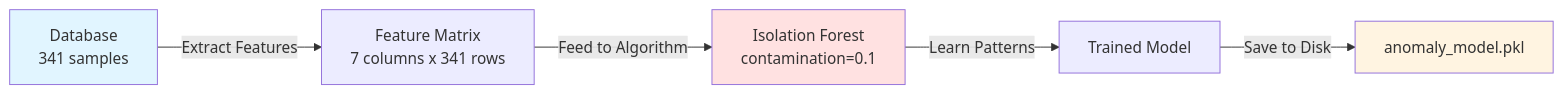
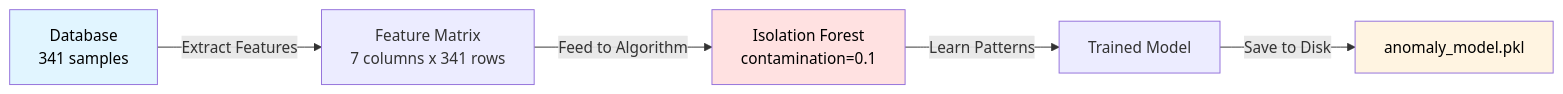
One commit to Arnav-Naive/network-monitor-ai changed the first of 2 diagrams in docs/ml-workflow.md. Above: the diagram before and after it, drawn with Mermaid.

````diff
--- a/docs/ml-workflow.md
+++ b/docs/ml-workflow.md
@@ -5,11 +5,11 @@
 ```mermaid
 flowchart LR
     A[Database<br/>341 samples] -->|Extract Features| B[Feature Matrix<br/>7 columns x 341 rows]
     B -->|Feed to Algorithm| C[Isolation Forest<br/>contamination=0.1]
     C -->|Learn Patterns| D[Trained Model]
     D -->|Save to Disk| E[anomaly_model.pkl]
     
-    style A fill:#e1f5ff
-    style C fill:#ffe1e1
-    style E fill:#fff4e1
+    style A fill:#e1f5ff,color:#000
+    style C fill:#ffe1e1,color:#000
+    style E fill:#fff4e1,color:#000
 ```
````
